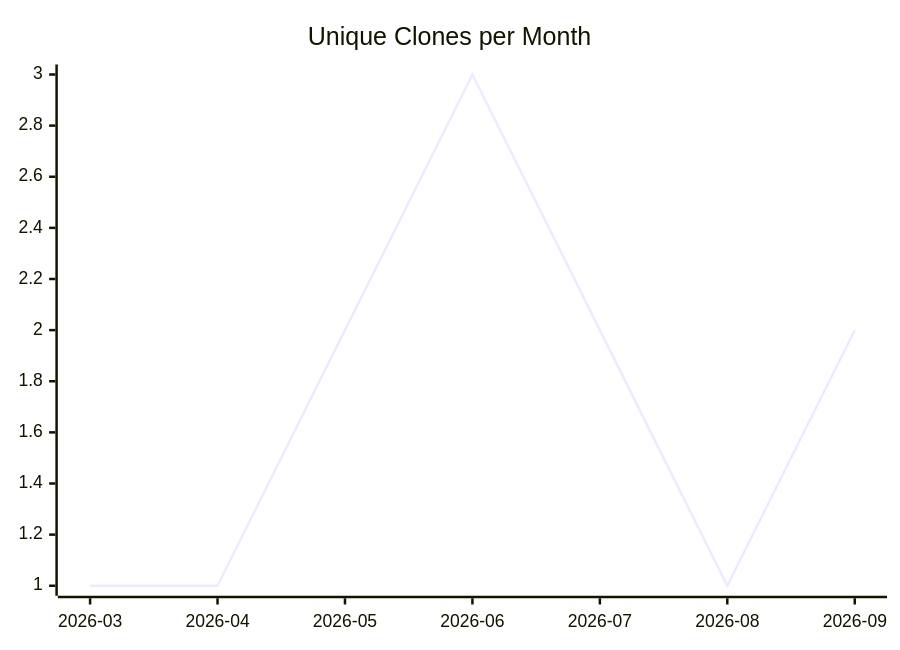
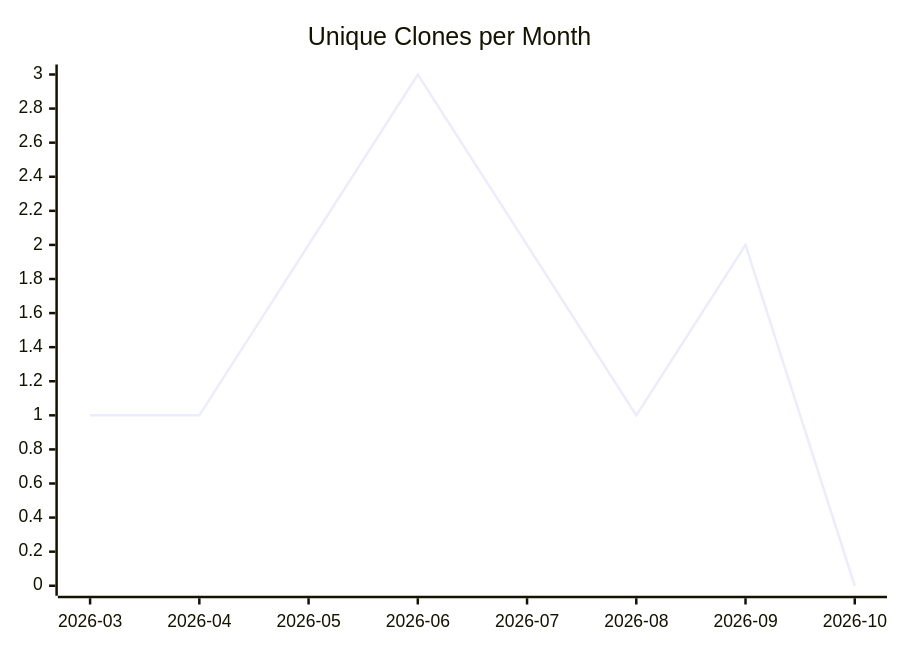
Before and after one commit to justdavis-family/github-analytics-data: the third of 3 diagrams in karlmdavis/ansible-role-acmetool/README.md, drawn with Mermaid. The commit also changed other lines of this file and 202 other files, not shown here.

````diff
--- a/karlmdavis/ansible-role-acmetool/README.md
+++ b/karlmdavis/ansible-role-acmetool/README.md
@@ -19,6 +19,6 @@
 ```mermaid
 xychart-beta
   title "Unique Clones per Month"
-  x-axis ["2026-03", "2026-04", "2026-05", "2026-06", "2026-07", "2026-08", "2026-09"]
-  line [1, 1, 2, 3, 2, 1, 2]
+  x-axis ["2026-03", "2026-04", "2026-05", "2026-06", "2026-07", "2026-08", "2026-09", "2026-10"]
+  line [1, 1, 2, 3, 2, 1, 2, 0]
 ```
````
